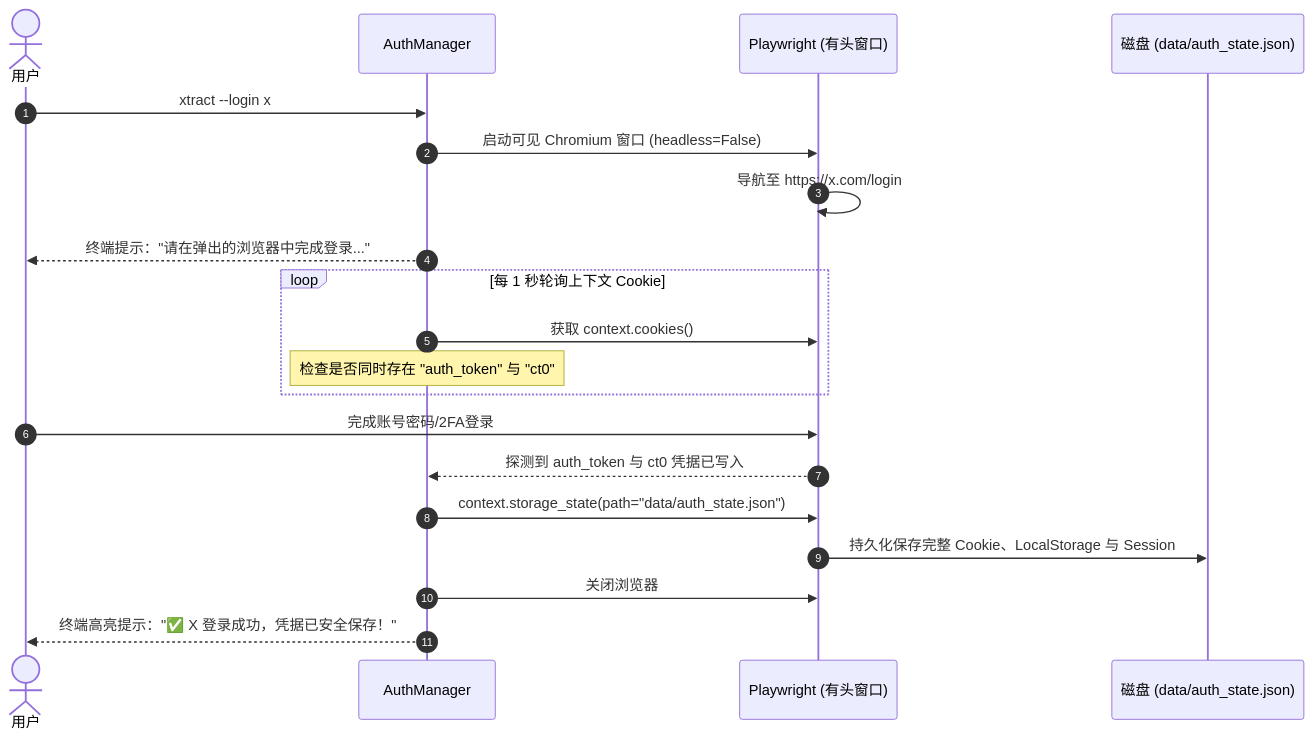
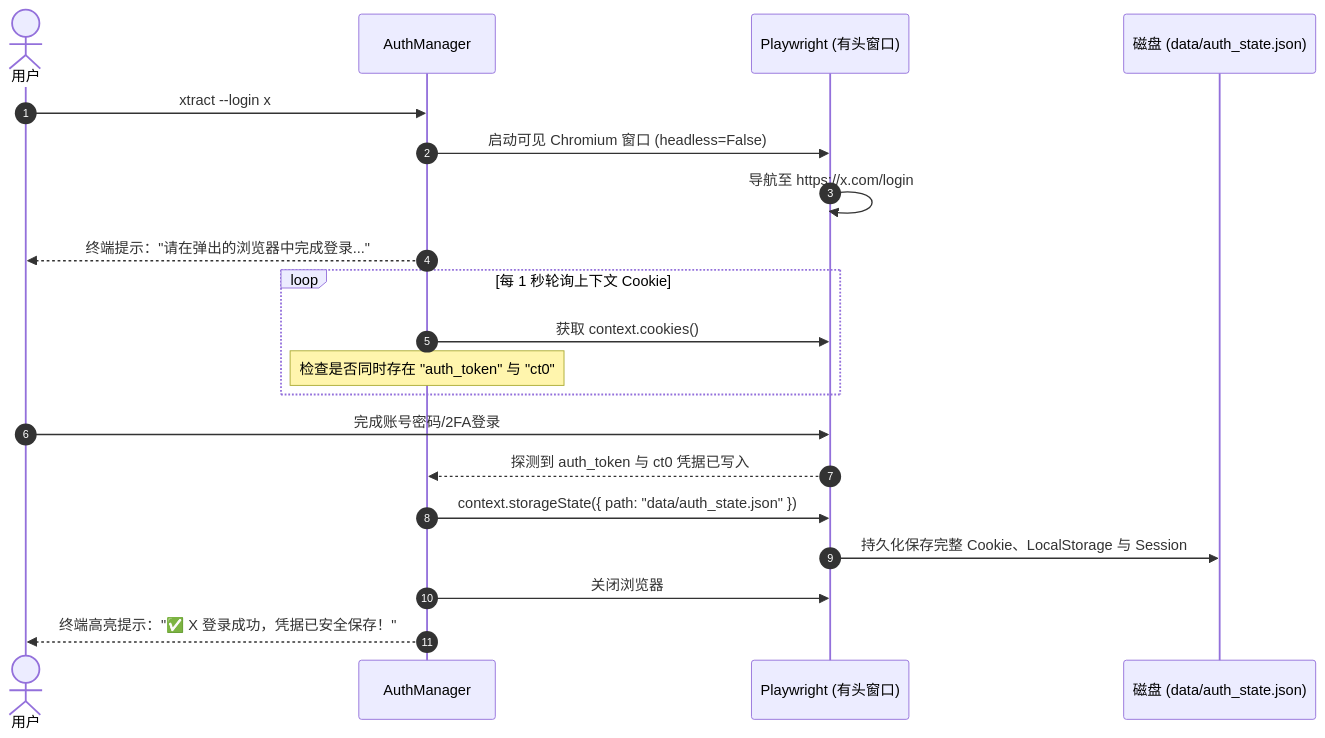
Before and after one commit to monkeychen/xtract: the third of 5 diagrams in docs/detailed_design.md, drawn with Mermaid. The commit also changed other lines of this file and 2 other files, not shown here.

Commit message:
docs: align uml diagrams and runtime details across docs with typescript architecture

````diff
--- a/docs/detailed_design.md
+++ b/docs/detailed_design.md
@@ -135,25 +135,25 @@
 ```mermaid
 sequenceDiagram
     autonumber
     actor User as 用户
     participant Auth as AuthManager
     participant PW as Playwright (有头窗口)
     participant FS as 磁盘 (data/auth_state.json)
 
     User->>Auth: xtract --login x
     Auth->>PW: 启动可见 Chromium 窗口 (headless=False)
     PW->>PW: 导航至 https://x.com/login
     Auth-->>User: 终端提示："请在弹出的浏览器中完成登录..."
     
     loop 每 1 秒轮询上下文 Cookie
         Auth->>PW: 获取 context.cookies()
         Note over Auth: 检查是否同时存在 "auth_token" 与 "ct0"
     end
 
     User->>PW: 完成账号密码/2FA登录
     PW-->>Auth: 探测到 auth_token 与 ct0 凭据已写入
-    Auth->>PW: context.storage_state(path="data/auth_state.json")
+    Auth->>PW: context.storageState({ path: "data/auth_state.json" })
     PW->>FS: 持久化保存完整 Cookie、LocalStorage 与 Session
     Auth->>PW: 关闭浏览器
     Auth-->>User: 终端高亮提示："✅ X 登录成功，凭据已安全保存！"
 ```
````
